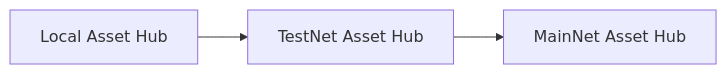
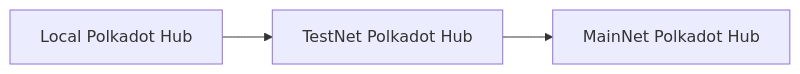
Before and after one commit to polkadot-developers/polkadot-docs: the first of 3 diagrams in polkadot-protocol/smart-contract-basics/networks.md, drawn with Mermaid. The commit also changed other lines of this file and 1 other file, not shown here.

````diff
--- a/polkadot-protocol/smart-contract-basics/networks.md
+++ b/polkadot-protocol/smart-contract-basics/networks.md
@@ -18,4 +18,4 @@
 ``` mermaid
 flowchart LR
-    id1[Local Asset Hub] --> id2[TestNet Asset Hub] --> id4[MainNet Asset Hub]
+    id1[Local Polkadot Hub] --> id2[TestNet Polkadot Hub] --> id4[MainNet Polkadot Hub]
 ```
````
